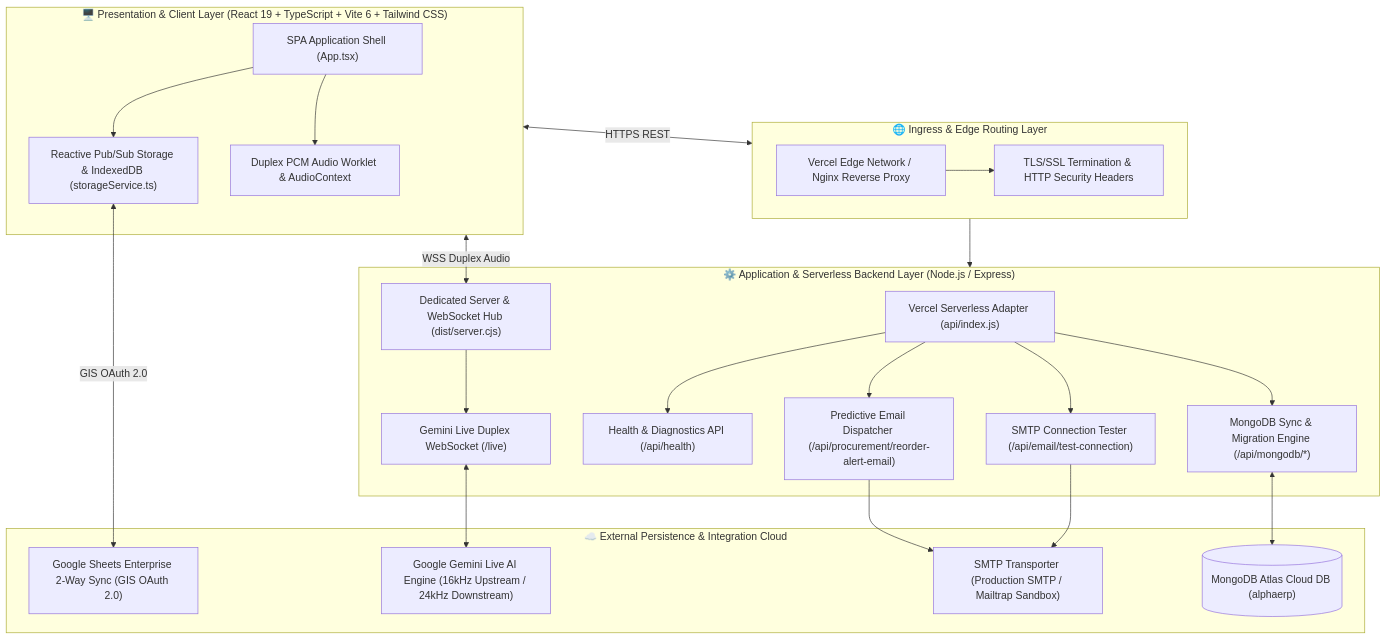
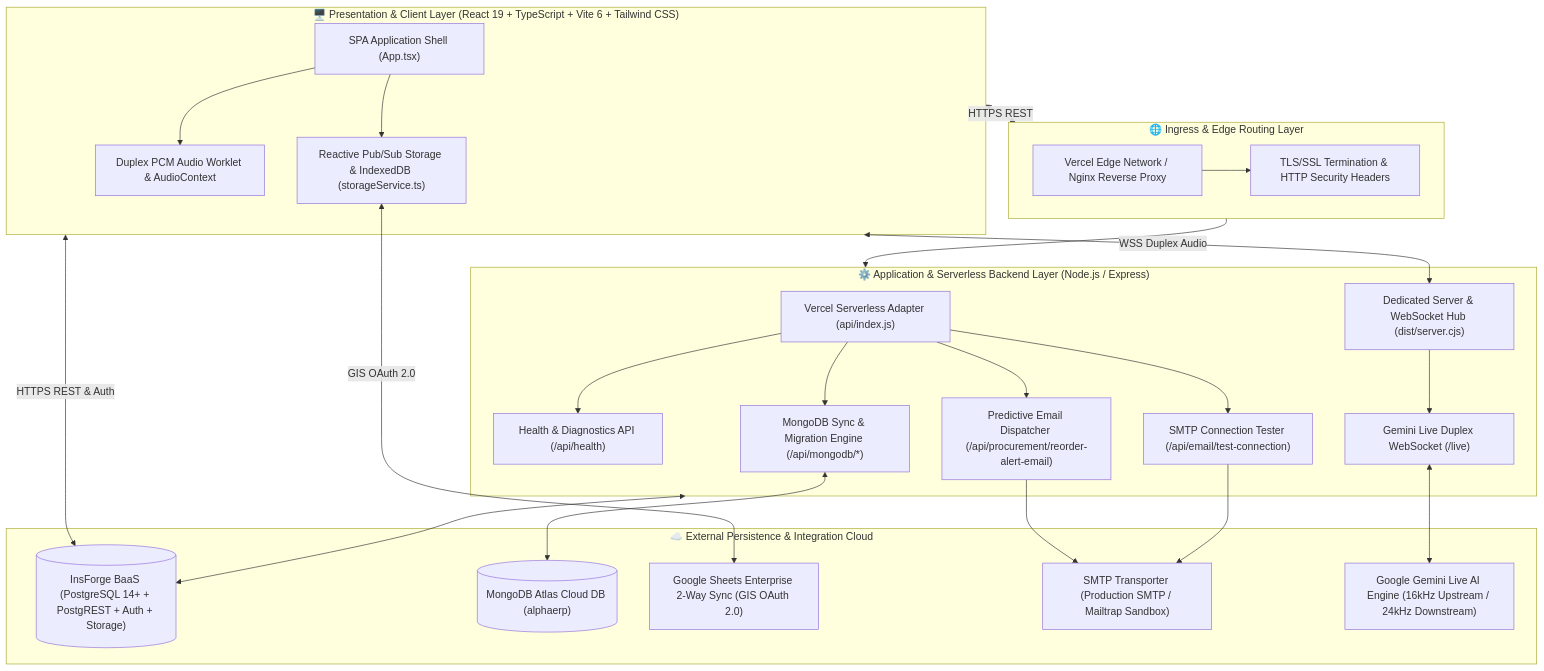
Before and after one commit to shivenkg/AlphaERP-V1: the first of 3 diagrams in README.md, drawn with Mermaid. The commit also changed other lines of this file and 16 other files, not shown here.

First line of the commit message:
feat: integrate InsForge BaaS and update infrastructure

````diff
--- a/README.md
+++ b/README.md
@@ -40,48 +46,51 @@
 ```mermaid
 flowchart TB
     subgraph ClientLayer["🖥️ Presentation & Client Layer (React 19 + TypeScript + Vite 6 + Tailwind CSS)"]
         UI["SPA Application Shell (App.tsx)"]
         State["Reactive Pub/Sub Storage & IndexedDB (storageService.ts)"]
         Audio["Duplex PCM Audio Worklet & AudioContext"]
         UI --> State
         UI --> Audio
     end
 
     subgraph EdgeRouting["🌐 Ingress & Edge Routing Layer"]
         VercelEdge["Vercel Edge Network / Nginx Reverse Proxy"]
         SSL["TLS/SSL Termination & HTTP Security Headers"]
         VercelEdge --> SSL
     end
 
     subgraph BackendLayer["⚙️ Application & Serverless Backend Layer (Node.js / Express)"]
         APIEntry["Vercel Serverless Adapter (api/index.js)"]
         NodeServer["Dedicated Server & WebSocket Hub (dist/server.cjs)"]
         HealthAPI["Health & Diagnostics API (/api/health)"]
         ProcureAPI["Predictive Email Dispatcher (/api/procurement/reorder-alert-email)"]
         EmailTestAPI["SMTP Connection Tester (/api/email/test-connection)"]
         MongoAPI["MongoDB Sync & Migration Engine (/api/mongodb/*)"]
         GeminiWS["Gemini Live Duplex WebSocket (/live)"]
         
         APIEntry --> HealthAPI
         APIEntry --> ProcureAPI
         APIEntry --> EmailTestAPI
         APIEntry --> MongoAPI
         NodeServer --> GeminiWS
     end
 
     subgraph ExternalServices["☁️ External Persistence & Integration Cloud"]
+        InsForgeBaaS[("InsForge BaaS (PostgreSQL 14+ + PostgREST + Auth + Storage)")]
         MongoAtlas[("MongoDB Atlas Cloud DB (alphaerp)")]
         GoogleSheets["Google Sheets Enterprise 2-Way Sync (GIS OAuth 2.0)"]
         SMTPRelay["SMTP Transporter (Production SMTP / Mailtrap Sandbox)"]
         GeminiAI["Google Gemini Live AI Engine (16kHz Upstream / 24kHz Downstream)"]
     end
 
+    ClientLayer <-->|HTTPS REST & Auth| InsForgeBaaS
     ClientLayer <-->|HTTPS REST| EdgeRouting
     ClientLayer <-->|WSS Duplex Audio| NodeServer
     EdgeRouting --> BackendLayer
+    BackendLayer <--> InsForgeBaaS
     ProcureAPI --> SMTPRelay
     EmailTestAPI --> SMTPRelay
     MongoAPI <--> MongoAtlas
     State <-->|GIS OAuth 2.0| GoogleSheets
     GeminiWS <--> GeminiAI
 ```
````
